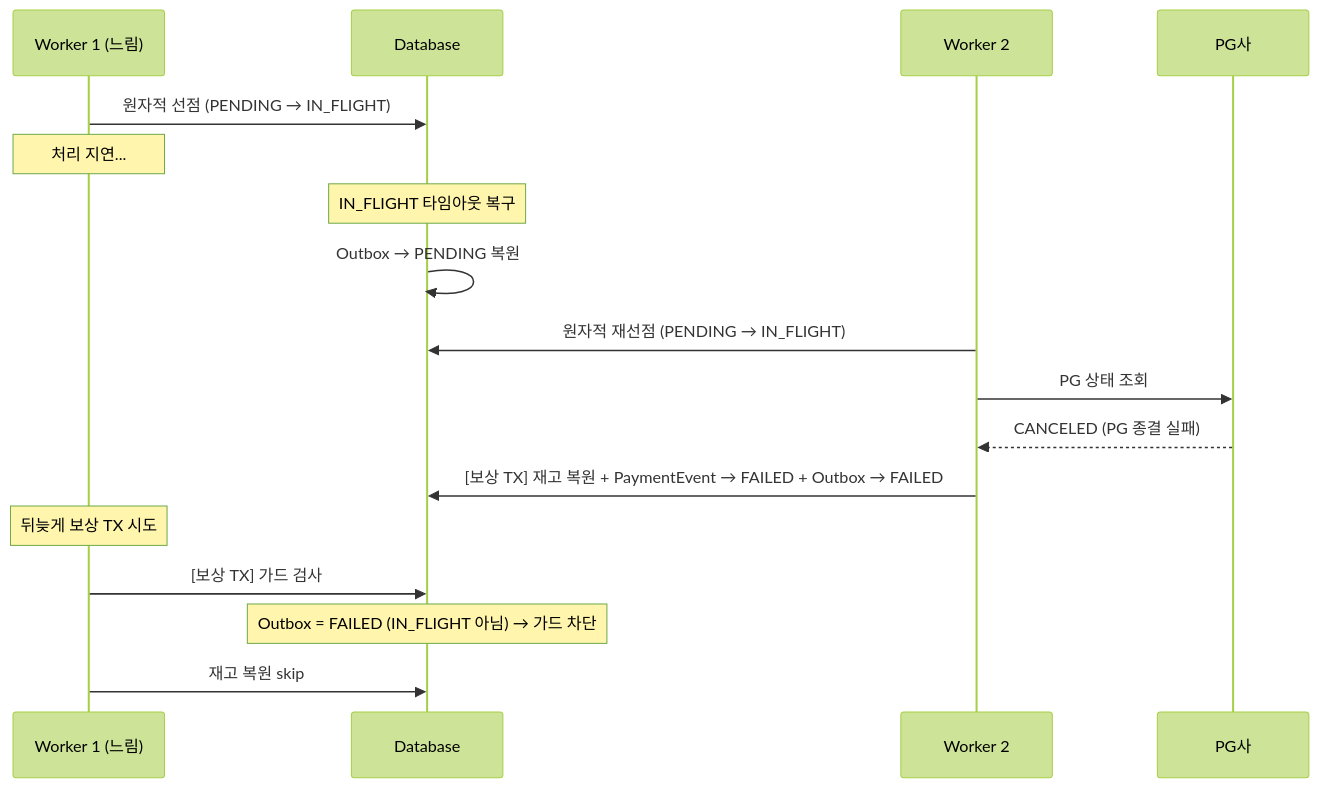
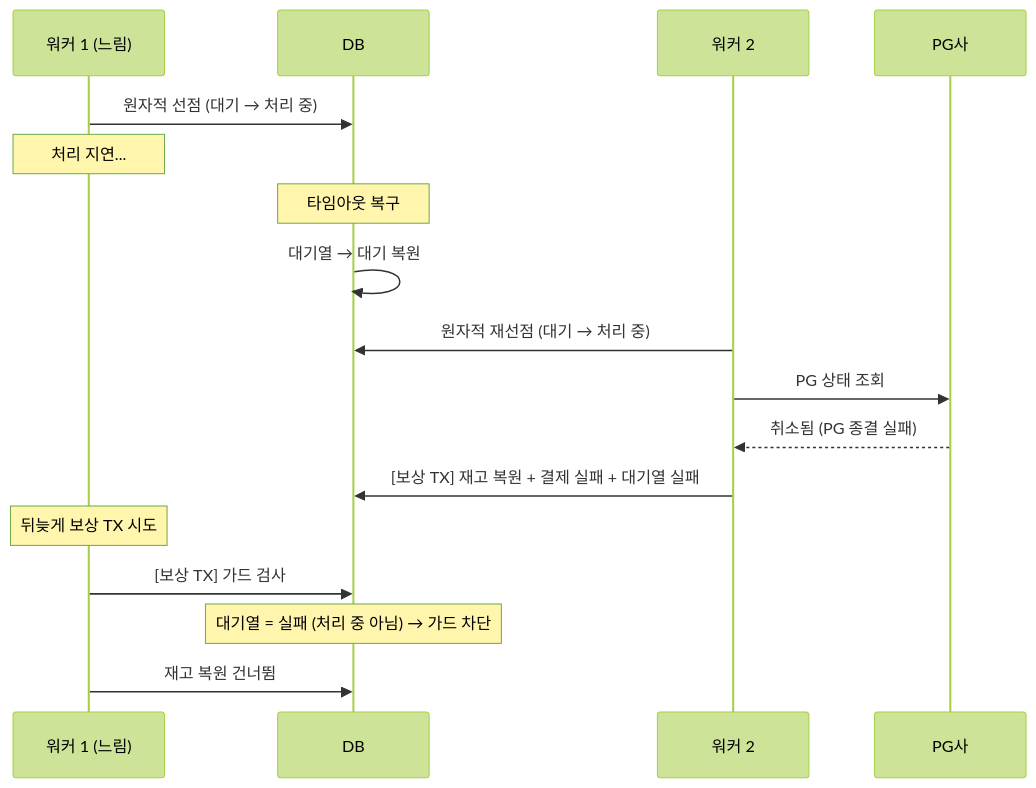
One commit to hyoguoo/hyoguoo.github.io changed the seventh of 10 diagrams in src/content/docs/blog/payment-recovery-state-design.md. Above: the diagram before and after it, drawn with Mermaid (forest theme). The commit also changed other lines of this file and 1 other file, not shown here.

````diff
--- a/src/content/docs/blog/payment-recovery-state-design.md
+++ b/src/content/docs/blog/payment-recovery-state-design.md
@@ -335,19 +335,19 @@
 ```mermaid
 sequenceDiagram
-    participant W1 as Worker 1 (느림)
-    participant DB as Database
-    participant W2 as Worker 2
+    participant W1 as 워커 1 (느림)
+    participant DB as DB
+    participant W2 as 워커 2
     participant PG as PG사
-    W1 ->> DB: 원자적 선점 (PENDING → IN_FLIGHT)
+    W1 ->> DB: 원자적 선점 (대기 → 처리 중)
     Note over W1: 처리 지연...
-    Note over DB: IN_FLIGHT 타임아웃 복구
-    DB ->> DB: Outbox → PENDING 복원
-    W2 ->> DB: 원자적 재선점 (PENDING → IN_FLIGHT)
+    Note over DB: 타임아웃 복구
+    DB ->> DB: 대기열 → 대기 복원
+    W2 ->> DB: 원자적 재선점 (대기 → 처리 중)
     W2 ->> PG: PG 상태 조회
-    PG -->> W2: CANCELED (PG 종결 실패)
-    W2 ->> DB: [보상 TX] 재고 복원 + PaymentEvent → FAILED + Outbox → FAILED
+    PG -->> W2: 취소됨 (PG 종결 실패)
+    W2 ->> DB: [보상 TX] 재고 복원 + 결제 실패 + 대기열 실패
     Note over W1: 뒤늦게 보상 TX 시도
     W1 ->> DB: [보상 TX] 가드 검사
-    Note over DB: Outbox = FAILED (IN_FLIGHT 아님) → 가드 차단
-    W1 ->> DB: 재고 복원 skip
+    Note over DB: 대기열 = 실패 (처리 중 아님) → 가드 차단
+    W1 ->> DB: 재고 복원 건너뜀
 ```
````
